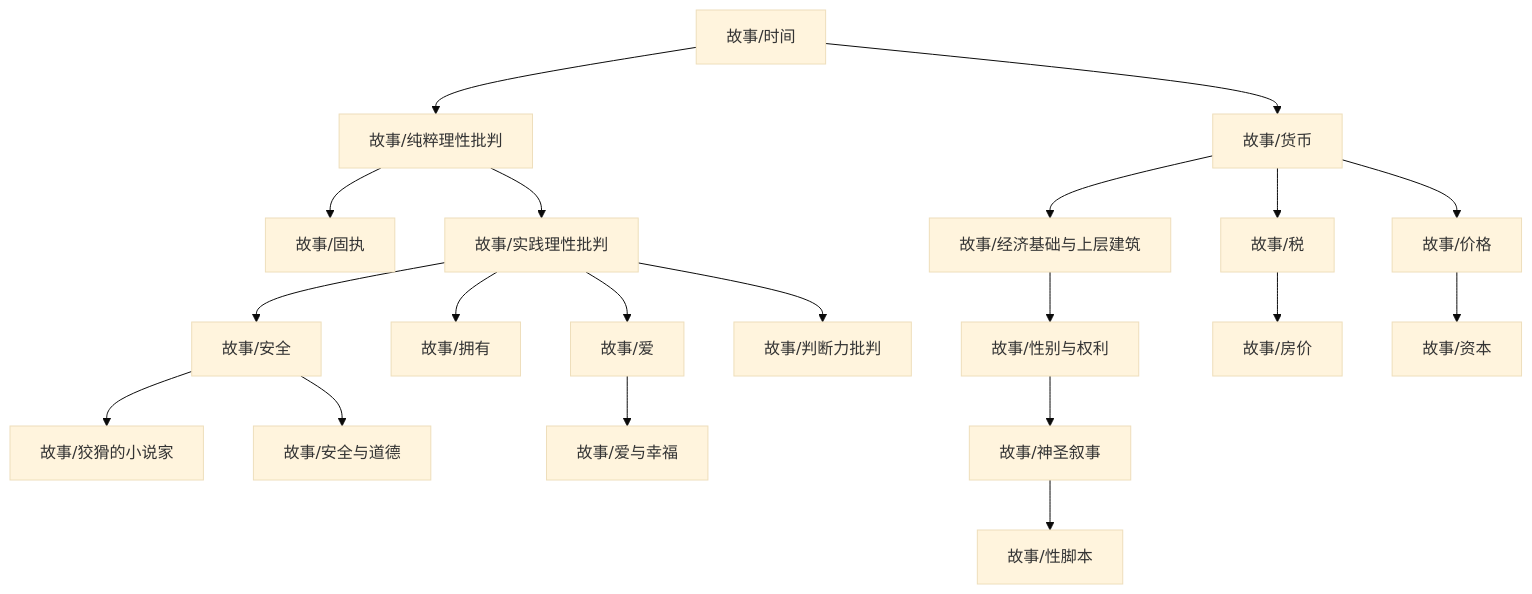
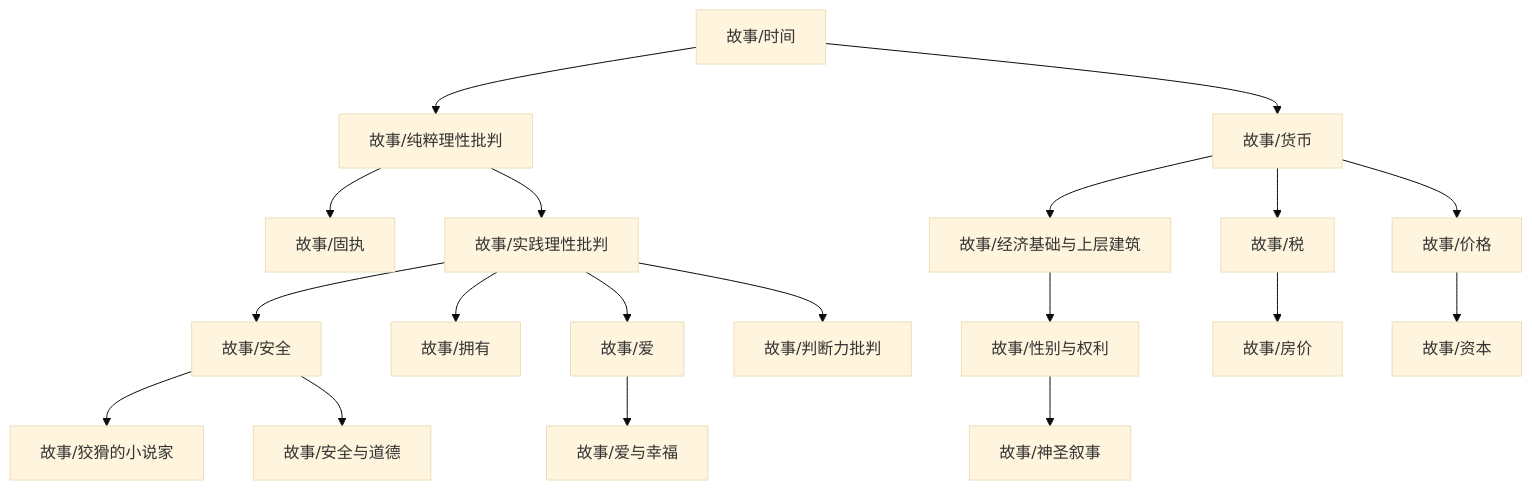
The diagram in content/故事/dependency_graph.md (zeroDtree/zeroDtree.github.io), drawn with Mermaid (base theme) before and after one commit. The commit also changed 4 other files, not shown here.

````diff
--- a/content/故事/dependency_graph.md
+++ b/content/故事/dependency_graph.md
@@ -1,22 +1,21 @@
 ```mermaid
 graph TD
 1["故事/纯粹理性批判"] --> 0["故事/固执"]
 3["故事/经济基础与上层建筑"] --> 2["故事/性别与权利"]
 5["故事/价格"] --> 4["故事/资本"]
 7["故事/安全"] --> 6["故事/狡猾的小说家"]
 1["故事/纯粹理性批判"] --> 8["故事/实践理性批判"]
 9["故事/时间"] --> 1["故事/纯粹理性批判"]
 8["故事/实践理性批判"] --> 7["故事/安全"]
 10["故事/货币"] --> 3["故事/经济基础与上层建筑"]
 8["故事/实践理性批判"] --> 11["故事/拥有"]
 10["故事/货币"] --> 12["故事/税"]
 12["故事/税"] --> 13["故事/房价"]
 8["故事/实践理性批判"] --> 14["故事/爱"]
 10["故事/货币"] --> 5["故事/价格"]
 7["故事/安全"] --> 16["故事/安全与道德"]
-18["故事/神圣叙事"] --> 17["故事/性脚本"]
-2["故事/性别与权利"] --> 18["故事/神圣叙事"]
-14["故事/爱"] --> 19["故事/爱与幸福"]
+2["故事/性别与权利"] --> 17["故事/神圣叙事"]
+14["故事/爱"] --> 18["故事/爱与幸福"]
 9["故事/时间"] --> 10["故事/货币"]
-8["故事/实践理性批判"] --> 20["故事/判断力批判"]
+8["故事/实践理性批判"] --> 19["故事/判断力批判"]
 ```
````
